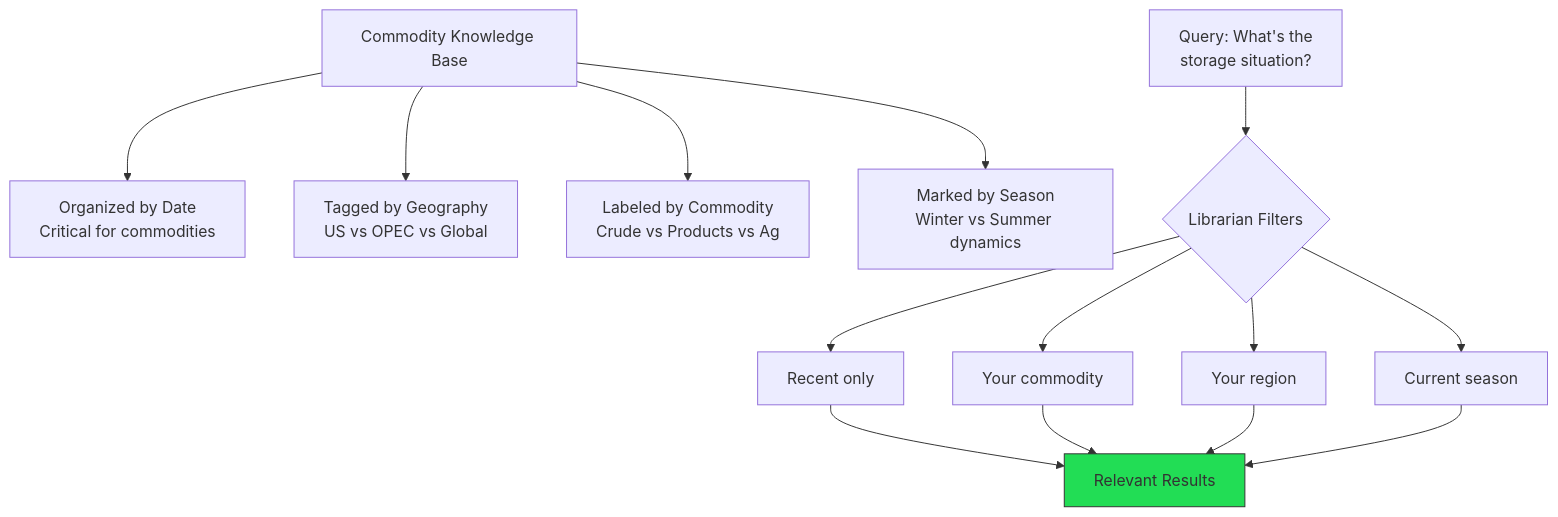
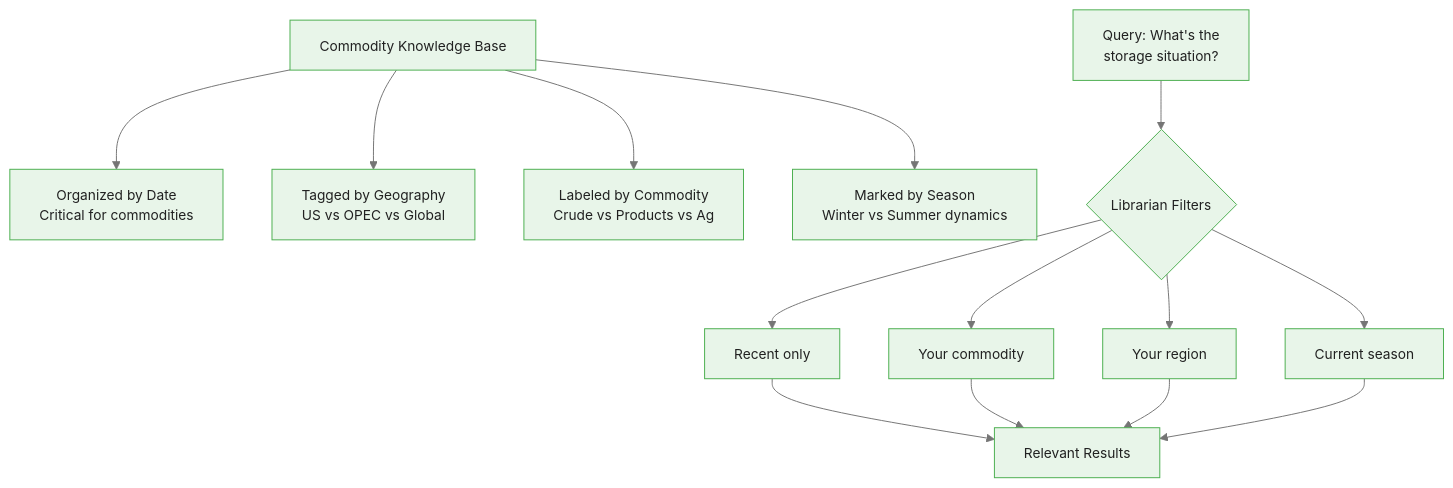
The first of 4 diagrams in courses/genai-commodities/modules/module_02_rag_research/guides/01_knowledge_base_design_slides.md (m-deane/course-creator), drawn with Mermaid before and after one commit. The commit also changed other lines of this file and 84 other files, not shown here.

````diff
--- a/courses/genai-commodities/modules/module_02_rag_research/guides/01_knowledge_base_design_slides.md
+++ b/courses/genai-commodities/modules/module_02_rag_research/guides/01_knowledge_base_design_slides.md
@@ -47,16 +47,15 @@
 ```mermaid
+%%{init: {"theme": "base", "themeVariables": {"primaryColor": "#e8f5e9", "primaryBorderColor": "#4caf50", "primaryTextColor": "#212121", "secondaryColor": "#e3f2fd", "tertiaryColor": "#fff8e1", "lineColor": "#757575", "fontFamily": "Inter, sans-serif", "fontSize": "14px"}}}%%
 flowchart TD
     A[Commodity Knowledge Base] --> B[Organized by Date<br/>Critical for commodities]
     A --> C[Tagged by Geography<br/>US vs OPEC vs Global]
     A --> D[Labeled by Commodity<br/>Crude vs Products vs Ag]
     A --> E[Marked by Season<br/>Winter vs Summer dynamics]
 
     F[Query: What's the<br/>storage situation?] --> G{Librarian Filters}
     G --> H[Recent only]
     G --> I[Your commodity]
     G --> J[Your region]
     G --> K[Current season]
     H & I & J & K --> L[Relevant Results]
-
-    style L fill:#2d5,stroke:#333
 ```
````
